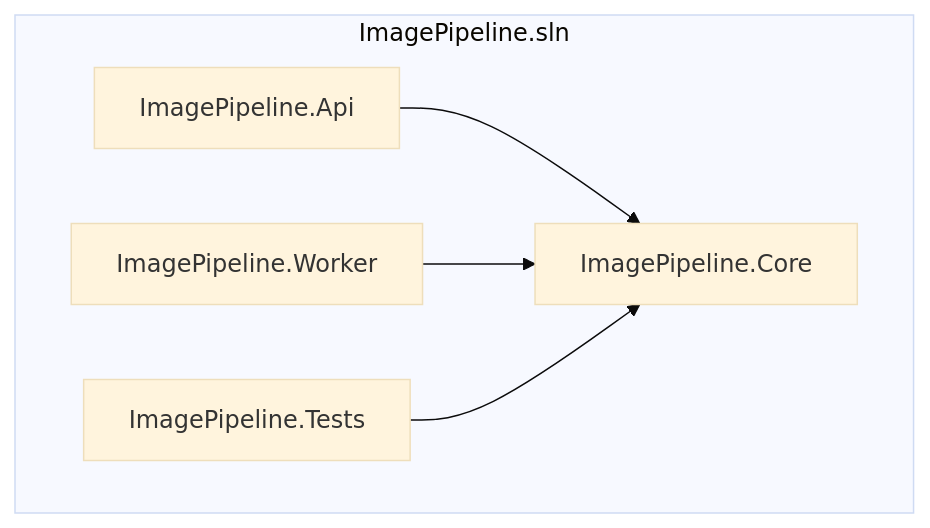
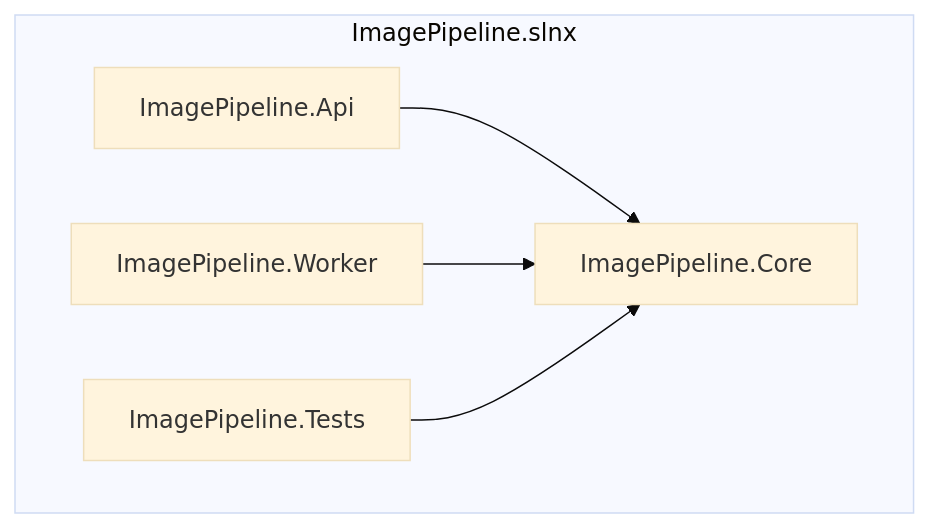
One commit to Padintong/image-processing-pipeline changed the second of 2 diagrams in README.md. Above: the diagram before and after it, drawn with Mermaid (base theme). The commit also changed other lines of this file and 18 other files, not shown here.

````diff
--- a/README.md
+++ b/README.md
@@ -38,12 +38,12 @@
 ```mermaid
 flowchart TD
-    subgraph sln[ImagePipeline.sln]
+    subgraph sln[ImagePipeline.slnx]
         Api[ImagePipeline.Api]
         Worker[ImagePipeline.Worker]
         Core[ImagePipeline.Core]
         Tests[ImagePipeline.Tests]
     end
     Api --> Core
     Worker --> Core
     Tests --> Core
 ```
````
